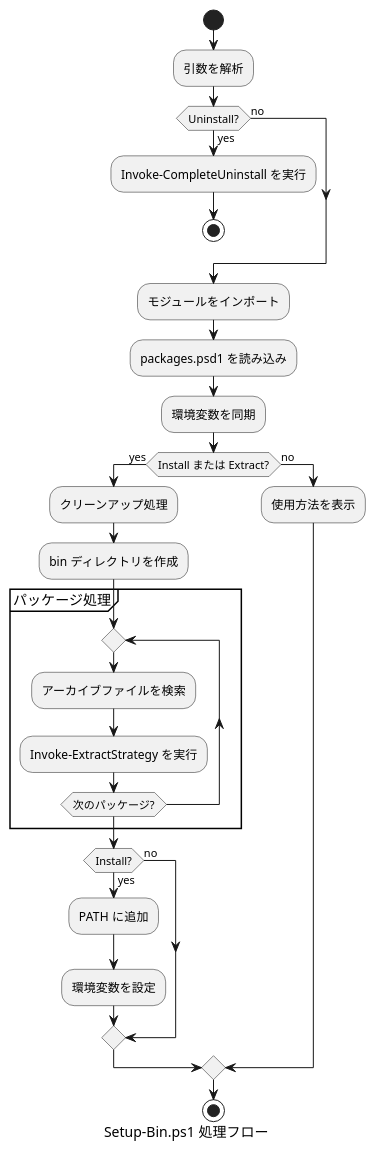
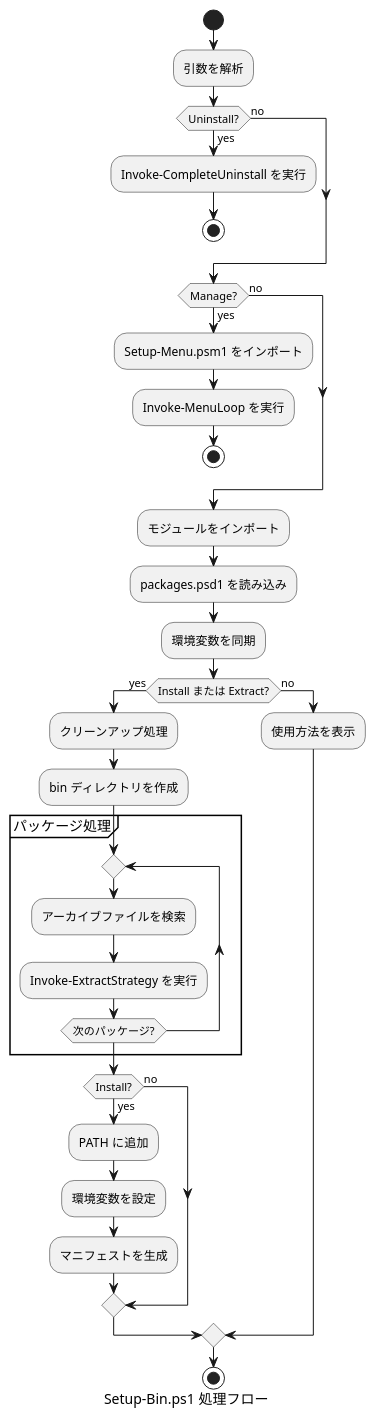
One commit to Hondarer/devbin-win changed the second of 2 diagrams in docs-src/setup-bin-design.md. Above: the diagram before and after it, drawn with PlantUML. The commit also changed other lines of this file and 10 other files, not shown here.

````diff
--- a/docs-src/setup-bin-design.md
+++ b/docs-src/setup-bin-design.md
@@ -123,37 +198,46 @@
 ```plantuml
 @startuml Setup-Bin.ps1 処理フロー
 caption Setup-Bin.ps1 処理フロー
 start
 :引数を解析;
+
 if (Uninstall?) then (yes)
   :Invoke-CompleteUninstall を実行;
+  stop
+else (no)
+endif
+
+if (Manage?) then (yes)
+  :Setup-Menu.psm1 をインポート;
+  :Invoke-MenuLoop を実行;
   stop
 else (no)
 endif
 
 :モジュールをインポート;
 :packages.psd1 を読み込み;
 :環境変数を同期;
 
 if (Install または Extract?) then (yes)
   :クリーンアップ処理;
   :bin ディレクトリを作成;
 
   partition "パッケージ処理" {
     repeat
       :アーカイブファイルを検索;
       :Invoke-ExtractStrategy を実行;
     repeat while (次のパッケージ?)
   }
 
   if (Install?) then (yes)
     :PATH に追加;
     :環境変数を設定;
+    :マニフェストを生成;
   else (no)
   endif
 else (no)
   :使用方法を表示;
 endif
 stop
 @enduml
 ```
````
